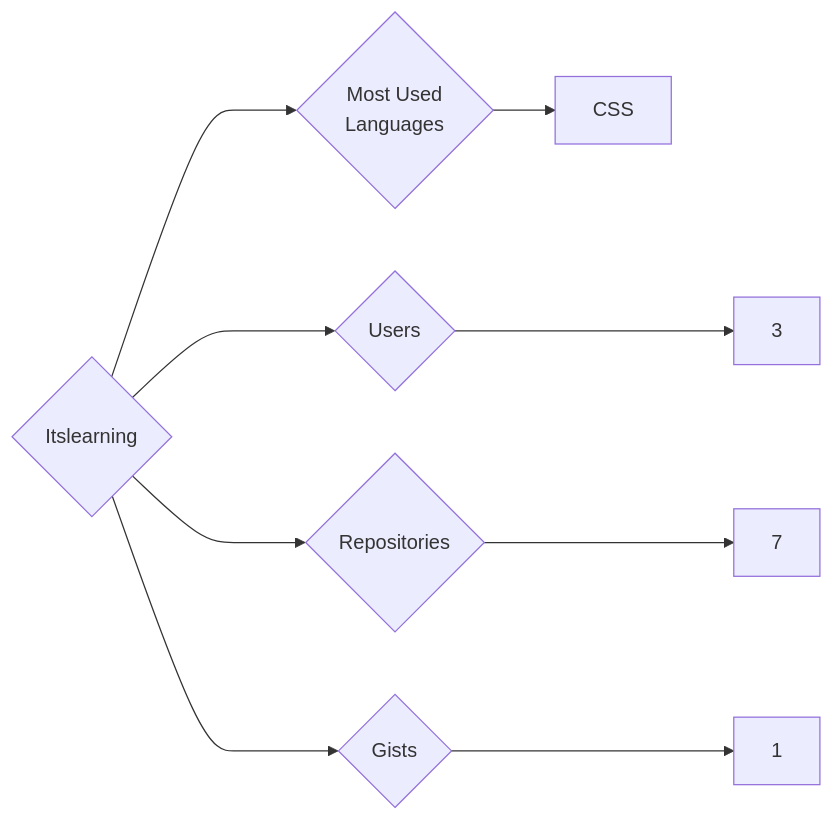
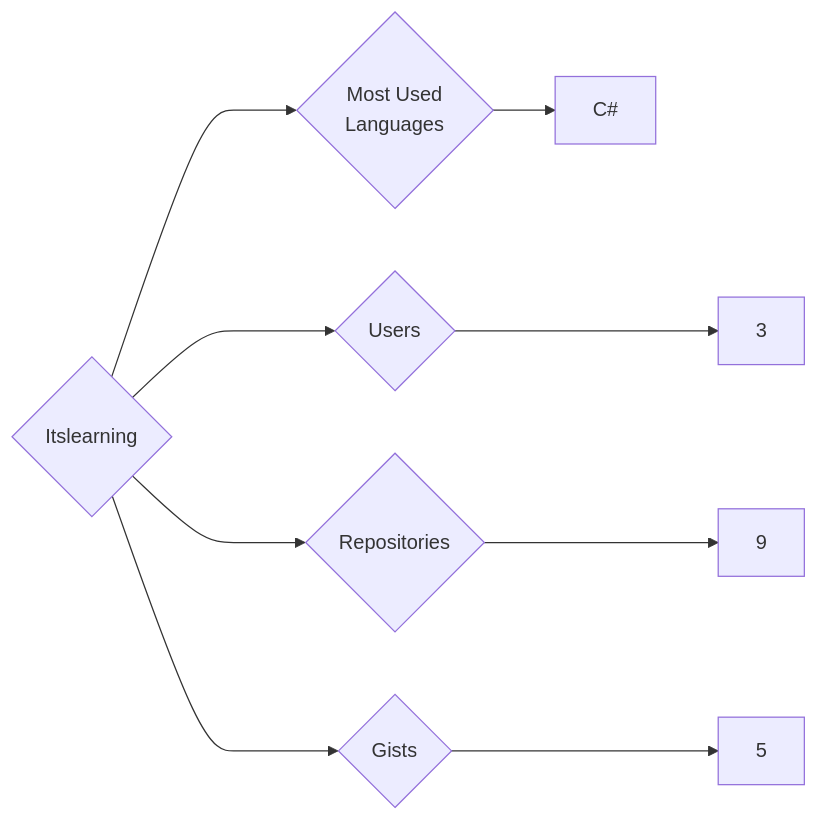
The diagram in targets/Itslearning/README.md (trickest/insiders), drawn with Mermaid before and after one commit. The commit also changed 912 other files, not shown here.

````diff
--- a/targets/Itslearning/README.md
+++ b/targets/Itslearning/README.md
@@ -3,9 +3,9 @@
 ```mermaid
 graph LR
 COMPANY_NAME{Itslearning}
 COMPANY_NAME ---> U{Users} ---> UN[3]
-COMPANY_NAME ---> R{Repositories} ---> RN[7]
-COMPANY_NAME ---> G{Gists} ---> GN[1]
+COMPANY_NAME ---> R{Repositories} ---> RN[9]
+COMPANY_NAME ---> G{Gists} ---> GN[5]
 COMPANY_NAME ---> ML{Most Used<br>Languages}
-ML --> CSS[CSS]
+ML --> C#[C#]
 ```
````
